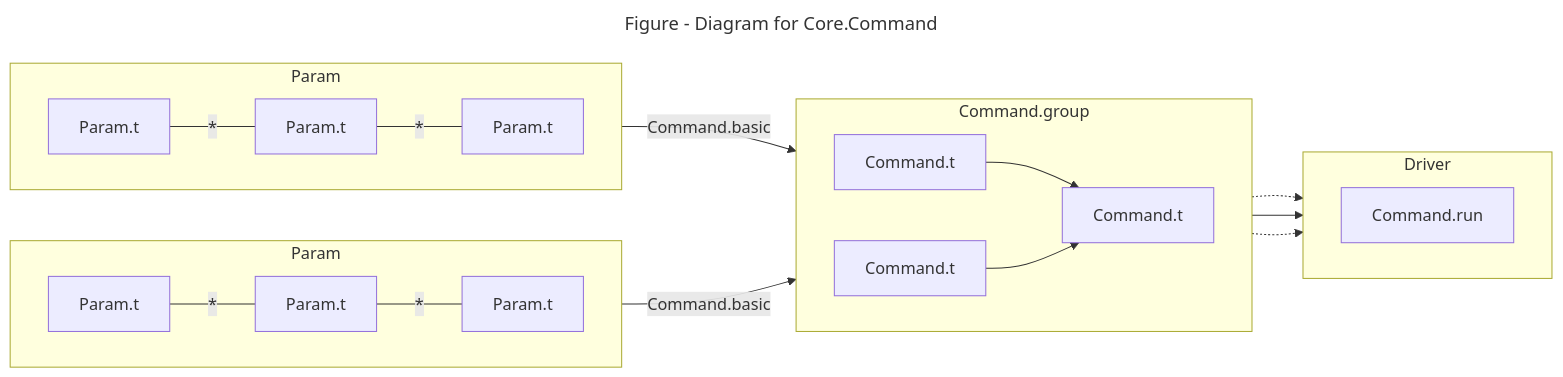
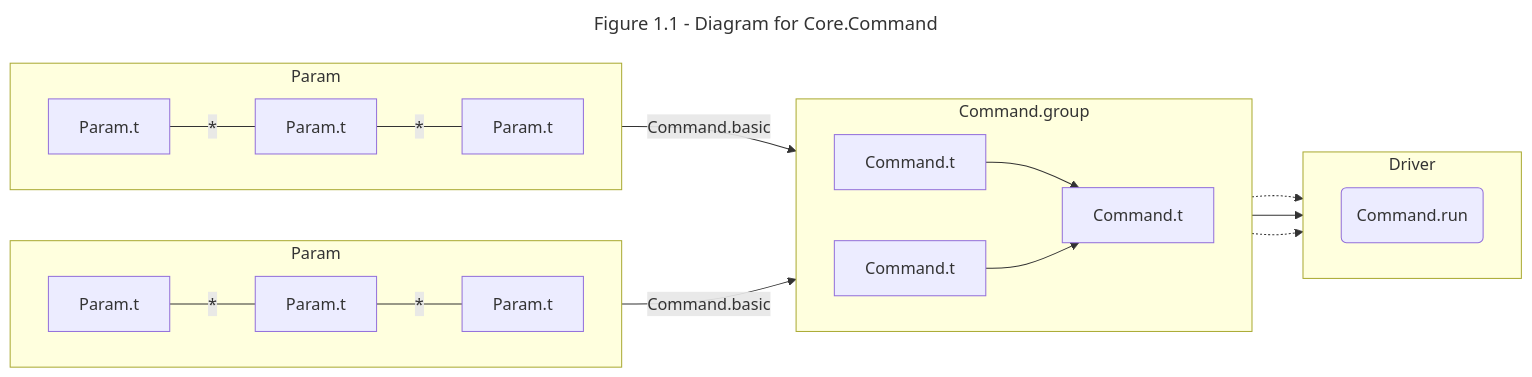
One commit to fairyland-ocaml/fairyland-ocaml.github.io changed the first of 4 diagrams in src/libraries/argparse.md. Above: the diagram before and after it, drawn with Mermaid. The commit also changed other lines of this file and 2 other files, not shown here.

````diff
--- a/src/libraries/argparse.md
+++ b/src/libraries/argparse.md
@@ -30,34 +30,34 @@
 ```mermaid
 ---
-title: Figure - Diagram for Core.Command
+title: Figure 1.1 - Diagram for Core.Command
 ---
 flowchart LR
   subgraph sp [Param]
     direction LR
     P1[Param.t]--- |*| P2[Param.t] --- |*| P3[Param.t]
   end
   C1[Command.t]
-  sp --> |Command.basic| C1
+  P3 --> |Command.basic| C1
 
   subgraph sp2 [Param]
     direction LR
     Q1[Param.t]--- |*| Q2[Param.t] --- |*| Q3[Param.t]
   end
   C2[Command.t]
-  sp2 --> |Command.basic| C2
+  Q3 --> |Command.basic| C2
 
   subgraph sg [Command.group]
     direction LR
     C0[Command.t]
     C1 --> C0
     C2 --> C0
   end
 
   subgraph sd [Driver]
     direction LR
-    Cr[Command.run]
+    Cr(Command.run)
     C1 -.-> Cr
     C0 --> Cr
     C2 -.-> Cr
   end
 ```
````
